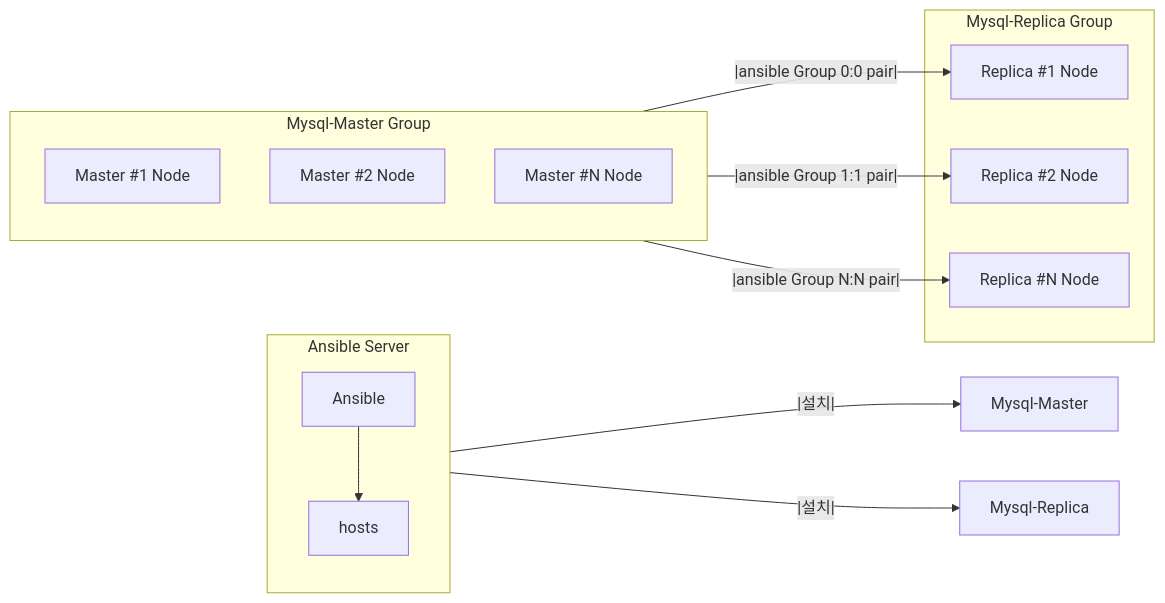
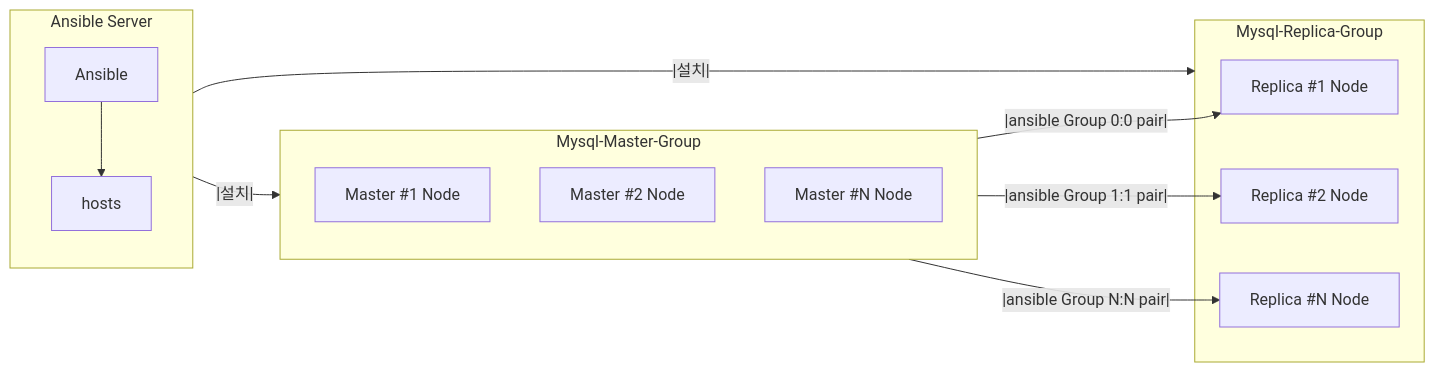
One commit to QubitSecurity/howto changed the diagram in rocky9/app/mysql/ansible_install/readme.md. Above: the diagram before and after it, drawn with Mermaid.

````diff
--- a/rocky9/app/mysql/ansible_install/readme.md
+++ b/rocky9/app/mysql/ansible_install/readme.md
@@ -31,40 +31,40 @@
 ```mermaid
 graph LR;
 
     %% Define layout direction and spacing
     %% style Ansible_Server fill:#f9f,stroke:#333,stroke-width:2px,height:200px;
     %% style Zookeeper fill:#cfc,stroke:#333,stroke-width:2px;
 
 
     %% Ansible Server Section
     subgraph Ansible_Server[Ansible Server]
         direction TB
         Ansible1[Ansible]
         hosts[hosts]
         
         Ansible1 --> hosts
     end
 
     %% Zookeeper Section
-    subgraph Mysql-Master Group
+    subgraph Mysql-Master-Group
         direction TB
         Master1[Master #1 Node]
 		Master2[Master #2 Node]
 		MasterN[Master #N Node]
 		
 	end
 	    
-	subgraph Mysql-Replica Group
+	subgraph Mysql-Replica-Group
         Replica1[Replica #1 Node]      
         Replica2[Replica #2 Node]
         ReplicaN[Replica #N Node]
     end
 
 
-    hosts --|설치|--> Mysql-Master
-	hosts --|설치|--> Mysql-Replica
+    hosts --|설치|--> Mysql-Master-Group
+	hosts --|설치|--> Mysql-Replica-Group
 
     Master1 --|ansible Group 0:0 pair|--> Replica1
     Master2 --|ansible Group 1:1 pair|--> Replica2
     MasterN --|ansible Group N:N pair|--> ReplicaN
 ```
````
